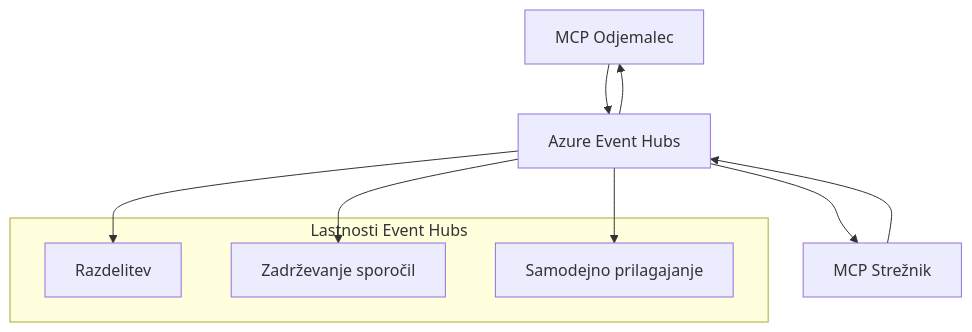
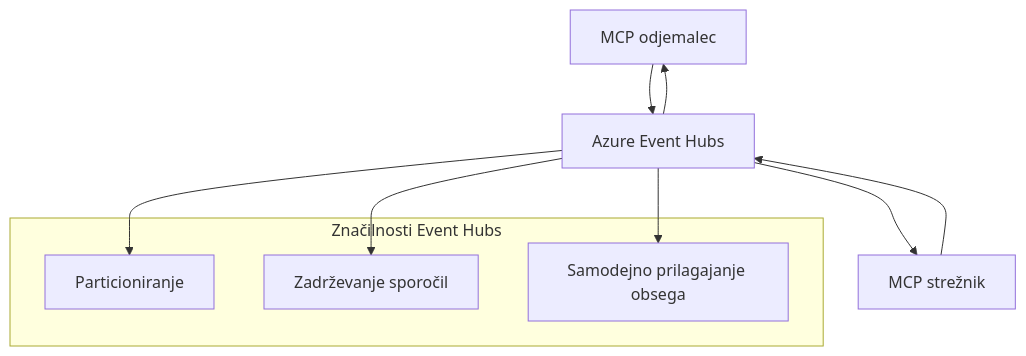
The second of 2 diagrams in mcp_ecosystem__model_context_protocol/mcp_learning_resources/mcp-for-beginners/translations/sl/05-AdvancedTopics/mcp-transport/README.md (HIDORAKAI002/ai-workspace-archive), drawn with Mermaid before and after one commit. The commit also changed other lines of this file and 1046 other files, not shown here.

````diff
--- a/mcp_ecosystem__model_context_protocol/mcp_learning_resources/mcp-for-beginners/translations/sl/05-AdvancedTopics/mcp-transport/README.md
+++ b/mcp_ecosystem__model_context_protocol/mcp_learning_resources/mcp-for-beginners/translations/sl/05-AdvancedTopics/mcp-transport/README.md
@@ -270,17 +272,17 @@
 ```mermaid
 graph TB
-    Client[MCP Odjemalec] --> EH[Azure Event Hubs]
-    EH --> Server[MCP Strežnik]
+    Client[MCP odjemalec] --> EH[Azure Event Hubs]
+    EH --> Server[MCP strežnik]
     Server --> EH
     EH --> Client
     
-    subgraph "Lastnosti Event Hubs"
-        Partition[Razdelitev]
+    subgraph "Značilnosti Event Hubs"
+        Partition[Particioniranje]
         Retention[Zadrževanje sporočil]
-        Scaling[Samodejno prilagajanje]
+        Scaling[Samodejno prilagajanje obsega]
     end
     
     EH --> Partition
     EH --> Retention
     EH --> Scaling
 ```
````
